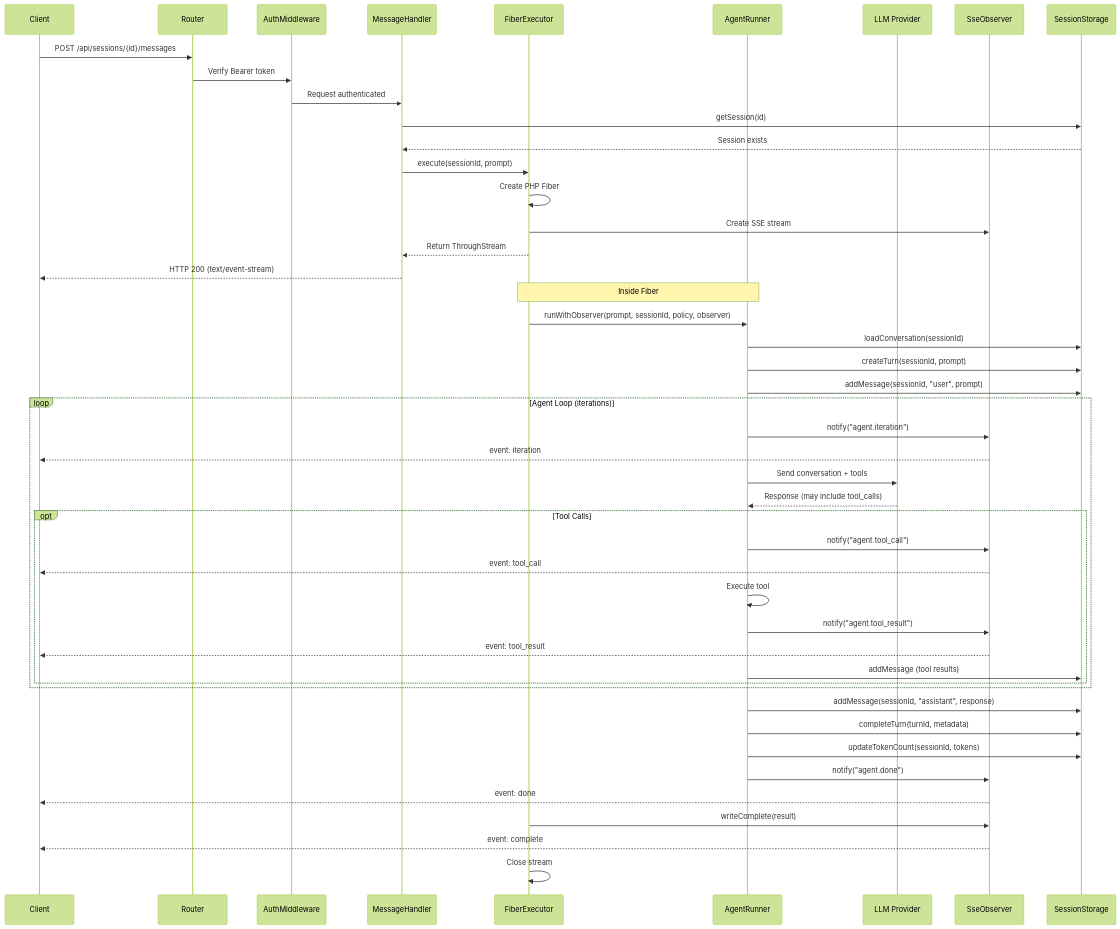
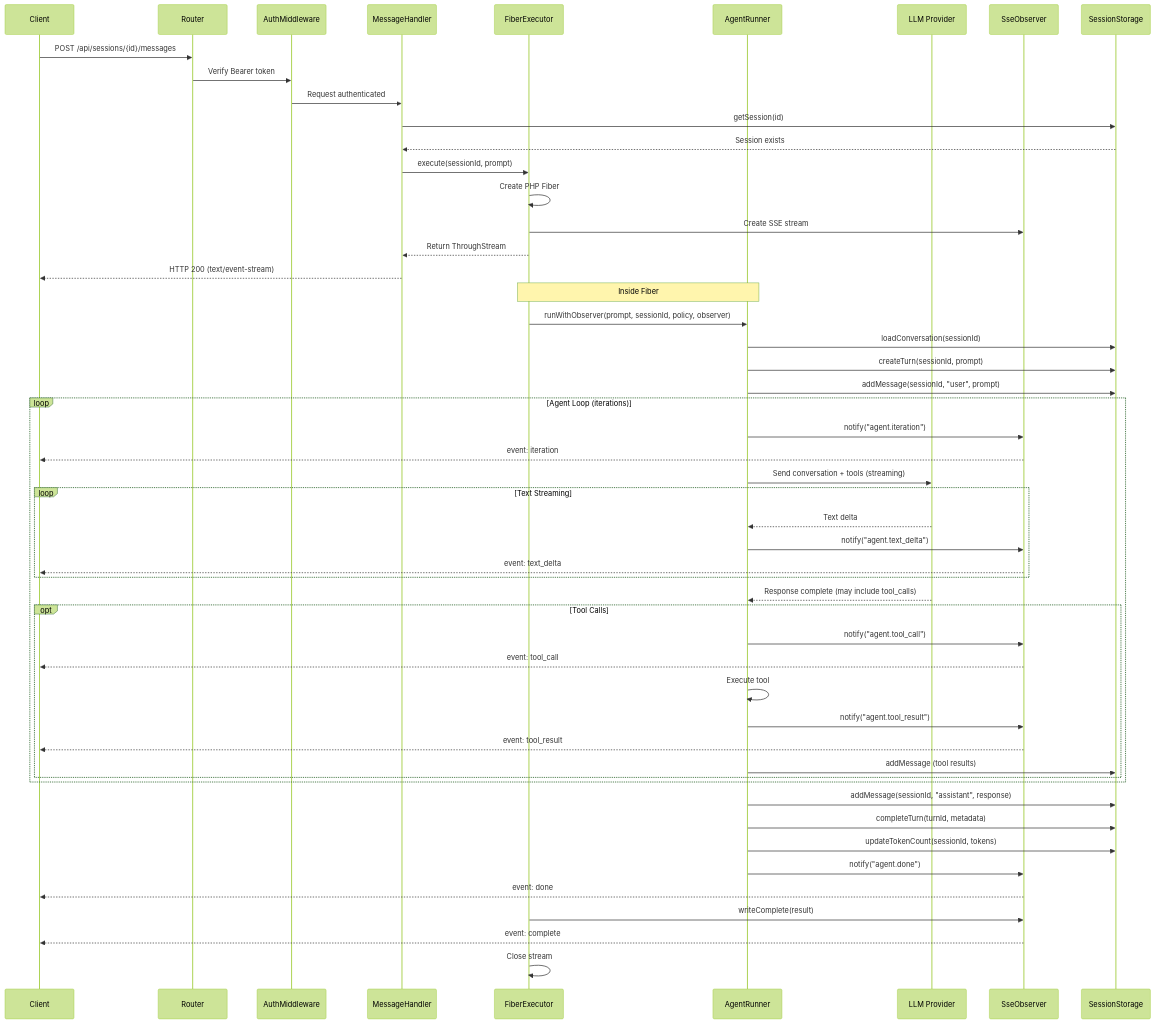
Before and after one commit to AgentCoqui/coqui: the diagram in docs/APP-API-USAGE.md, drawn with Mermaid (forest theme). The commit also changed other lines of this file and 11 other files, not shown here.

First line of the commit message:
Adds real-time streaming for LLM responses

````diff
--- a/docs/APP-API-USAGE.md
+++ b/docs/APP-API-USAGE.md
@@ -232,60 +232,65 @@
 ```mermaid
 sequenceDiagram
     participant Client
     participant Router
     participant AuthMiddleware
     participant MessageHandler
     participant FiberExecutor
     participant AgentRunner
     participant LLM as LLM Provider
     participant SseObserver
     participant SQLite as SessionStorage
 
     Client->>Router: POST /api/sessions/{id}/messages
     Router->>AuthMiddleware: Verify Bearer token
     AuthMiddleware->>MessageHandler: Request authenticated
 
     MessageHandler->>SQLite: getSession(id)
     SQLite-->>MessageHandler: Session exists
 
     MessageHandler->>FiberExecutor: execute(sessionId, prompt)
     FiberExecutor->>FiberExecutor: Create PHP Fiber
     FiberExecutor->>SseObserver: Create SSE stream
     FiberExecutor-->>MessageHandler: Return ThroughStream
 
     MessageHandler-->>Client: HTTP 200 (text/event-stream)
 
     Note over FiberExecutor,AgentRunner: Inside Fiber
 
     FiberExecutor->>AgentRunner: runWithObserver(prompt, sessionId, policy, observer)
     AgentRunner->>SQLite: loadConversation(sessionId)
     AgentRunner->>SQLite: createTurn(sessionId, prompt)
     AgentRunner->>SQLite: addMessage(sessionId, "user", prompt)
 
     loop Agent Loop (iterations)
         AgentRunner->>SseObserver: notify("agent.iteration")
         SseObserver-->>Client: event: iteration
 
-        AgentRunner->>LLM: Send conversation + tools
-        LLM-->>AgentRunner: Response (may include tool_calls)
+        AgentRunner->>LLM: Send conversation + tools (streaming)
+        loop Text Streaming
+            LLM-->>AgentRunner: Text delta
+            AgentRunner->>SseObserver: notify("agent.text_delta")
+            SseObserver-->>Client: event: text_delta
+        end
+        LLM-->>AgentRunner: Response complete (may include tool_calls)
 
         opt Tool Calls
             AgentRunner->>SseObserver: notify("agent.tool_call")
             SseObserver-->>Client: event: tool_call
             AgentRunner->>AgentRunner: Execute tool
             AgentRunner->>SseObserver: notify("agent.tool_result")
             SseObserver-->>Client: event: tool_result
             AgentRunner->>SQLite: addMessage (tool results)
         end
     end
 
     AgentRunner->>SQLite: addMessage(sessionId, "assistant", response)
     AgentRunner->>SQLite: completeTurn(turnId, metadata)
     AgentRunner->>SQLite: updateTokenCount(sessionId, tokens)
     AgentRunner->>SseObserver: notify("agent.done")
     SseObserver-->>Client: event: done
 
     FiberExecutor->>SseObserver: writeComplete(result)
     SseObserver-->>Client: event: complete
     FiberExecutor->>FiberExecutor: Close stream
 ```
````
